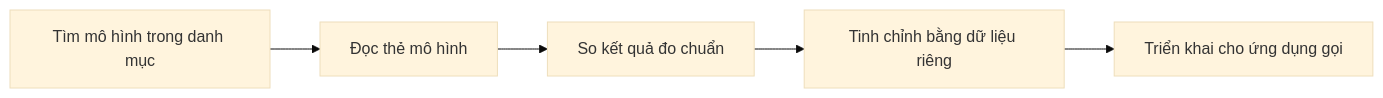
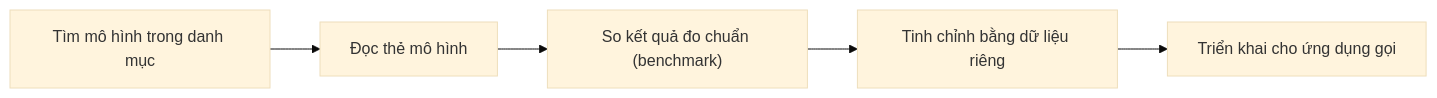
One commit to vohoailinh90/Agentic-coding-course changed the diagram in genai-for-beginners/vi/lessons/ga-02/lesson.md. Above: the diagram before and after it, drawn with Mermaid (base theme). The commit also changed other lines of this file and 3 other files, not shown here.

````diff
--- a/genai-for-beginners/vi/lessons/ga-02/lesson.md
+++ b/genai-for-beginners/vi/lessons/ga-02/lesson.md
@@ -82,5 +83,5 @@
 ```mermaid
 flowchart LR
-  A["Tìm mô hình trong danh mục"] --> B["Đọc thẻ mô hình"] --> C["So kết quả đo chuẩn"]
+  A["Tìm mô hình trong danh mục"] --> B["Đọc thẻ mô hình"] --> C["So kết quả đo chuẩn (benchmark)"]
   C --> D["Tinh chỉnh bằng dữ liệu riêng"] --> E["Triển khai cho ứng dụng gọi"]
 ```
````
